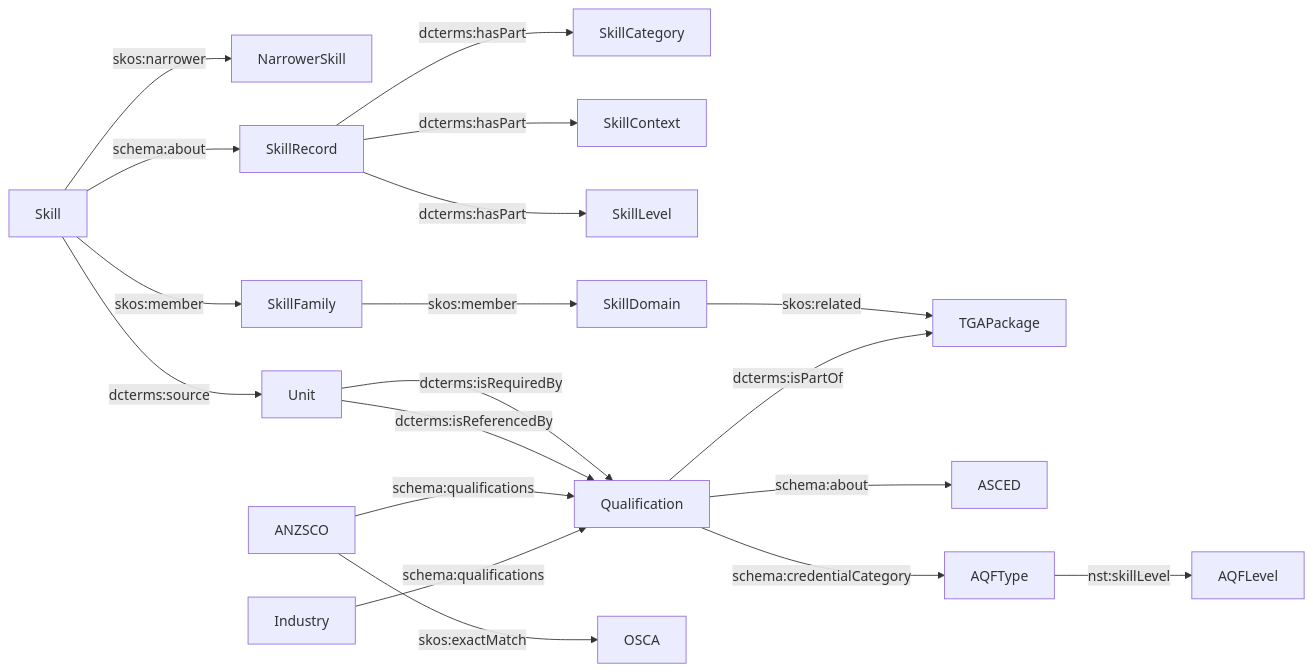
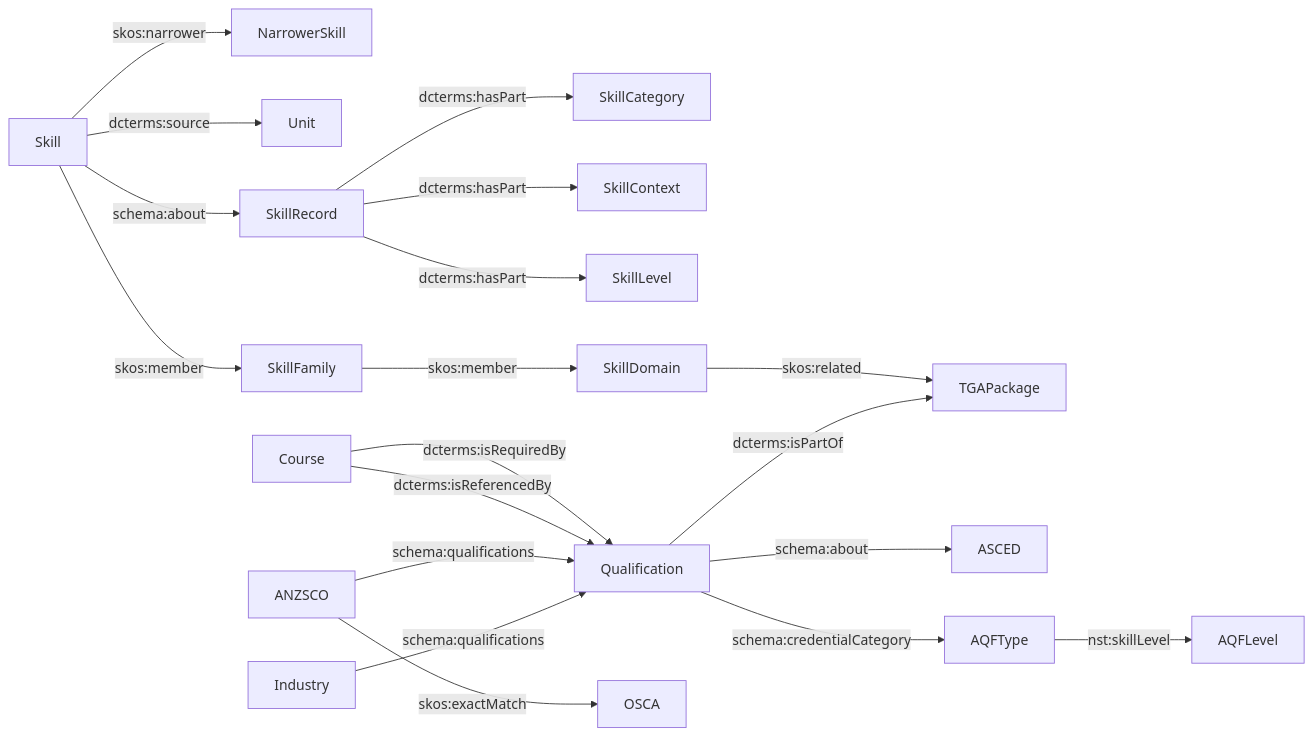
The diagram in README.md (leskneebone/skills-SPARQL), drawn with Mermaid before and after one commit.

Commit message:
Update README.md
Updated Unit to Course

````diff
--- a/README.md
+++ b/README.md
@@ -53,22 +53,22 @@
 ```mermaid
 flowchart LR
   Skill -->|skos:narrower| NarrowerSkill
   Skill -->|dcterms:source | Unit
   Skill -->|schema:about | SkillRecord
   SkillRecord-->|dcterms:hasPart | SkillCategory
   SkillRecord-->|dcterms:hasPart | SkillContext
   SkillRecord-->|dcterms:hasPart | SkillLevel
   Skill -->|skos:member | SkillFamily
   SkillFamily -->|skos:member | SkillDomain
   SkillDomain -->|skos:related | TGAPackage
-  Unit -->|dcterms:isRequiredBy| Qualification
-  Unit -->|dcterms:isReferencedBy | Qualification
+  Course -->|dcterms:isRequiredBy| Qualification
+  Course -->|dcterms:isReferencedBy | Qualification
   Qualification -->|dcterms:isPartOf | TGAPackage
   Qualification -->|schema:about | ASCED
   Qualification -->|schema:credentialCategory | AQFType
   AQFType -->|nst:skillLevel | AQFLevel
   ANZSCO -->|schema:qualifications | Qualification
   Industry -->|schema:qualifications | Qualification
   ANZSCO -->|skos:exactMatch | OSCA
 
 ```
````
